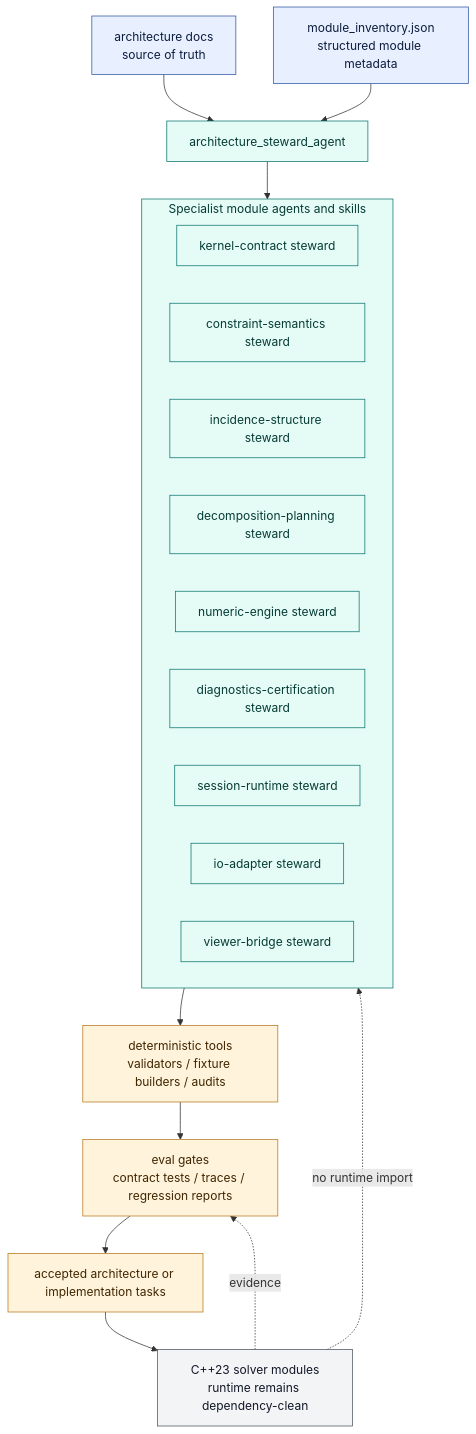
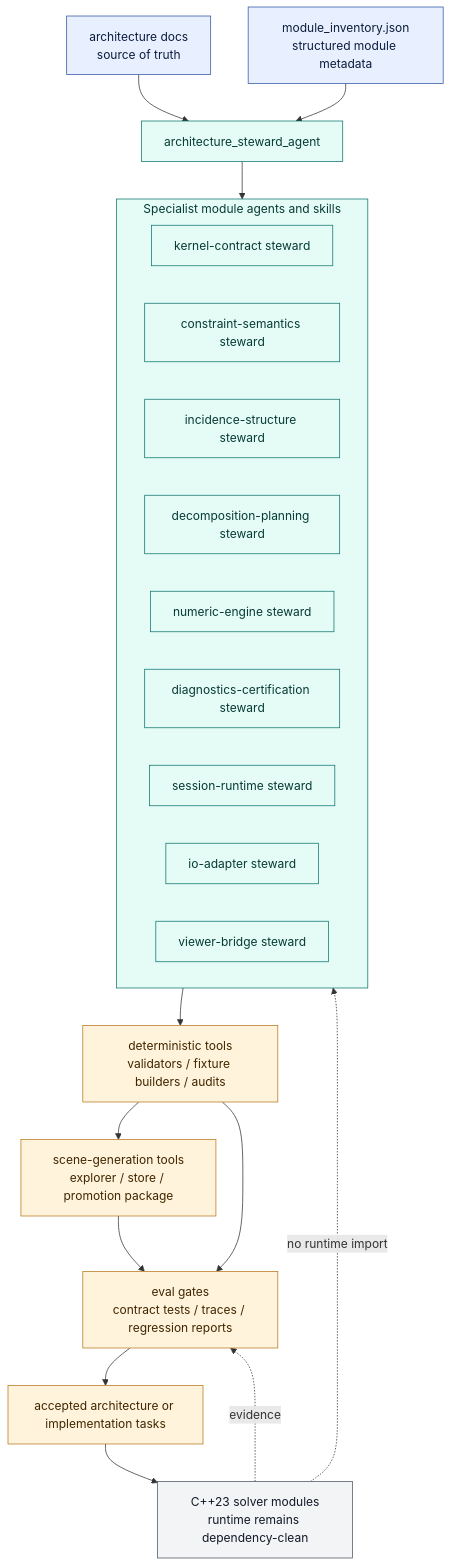
One commit to ShepherdQR/GCS changed the fifth of 6 diagrams in docs/architecture/70-visualization/gcs-architecture-atlas.md. Above: the diagram before and after it, drawn with Mermaid. The commit also changed other lines of this file and 10 other files, not shown here.

````diff
--- a/docs/architecture/70-visualization/gcs-architecture-atlas.md
+++ b/docs/architecture/70-visualization/gcs-architecture-atlas.md
@@ -351,42 +384,45 @@
 ```mermaid
 flowchart TB
     docs["architecture docs<br/>source of truth"]
     inventory["module_inventory.json<br/>structured module metadata"]
     steward["architecture_steward_agent"]
 
     subgraph specialists["Specialist module agents and skills"]
         kernelAgent["kernel-contract steward"]
         constraintAgent["constraint-semantics steward"]
         graphAgent["incidence-structure steward"]
         plannerAgent["decomposition-planning steward"]
         numericAgent["numeric-engine steward"]
         diagAgent["diagnostics-certification steward"]
         runtimeAgent["session-runtime steward"]
         ioAgent["io-adapter steward"]
         viewerAgent["viewer-bridge steward"]
     end
 
     tools["deterministic tools<br/>validators / fixture builders / audits"]
+    scenegenTools["scene-generation tools<br/>explorer / store / promotion package"]
     evals["eval gates<br/>contract tests / traces / regression reports"]
     tasks["accepted architecture or implementation tasks"]
     solver["C++23 solver modules<br/>runtime remains dependency-clean"]
 
     docs --> steward
     inventory --> steward
     steward --> specialists
     specialists --> tools
+    tools --> scenegenTools
+    scenegenTools --> evals
     tools --> evals
     evals --> tasks
     tasks --> solver
     solver -. evidence .-> evals
     solver -. no runtime import .-> specialists
 
     classDef domain fill:#e8f0ff,stroke:#3157a4,color:#0b1c3d;
     classDef solve fill:#e5fbf6,stroke:#0f766e,color:#063b35;
     classDef orchestrate fill:#fff4db,stroke:#b7791f,color:#402500;
     classDef boundary fill:#f3f4f6,stroke:#4b5563,color:#111827;
     class docs,inventory domain;
     class steward,specialists,kernelAgent,constraintAgent,graphAgent,plannerAgent,numericAgent,diagAgent,runtimeAgent,ioAgent,viewerAgent solve;
-    class tools,evals,tasks orchestrate;
+    class tools,scenegenTools,evals,tasks orchestrate;
     class solver boundary;
 ```
````
